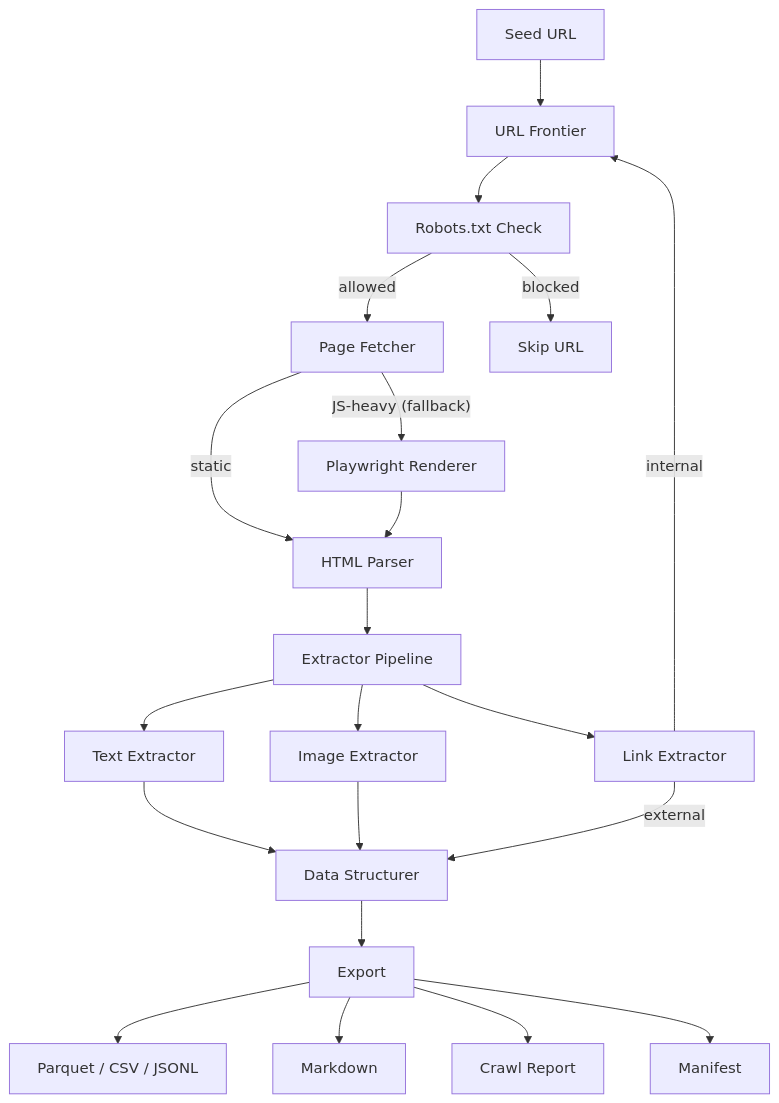
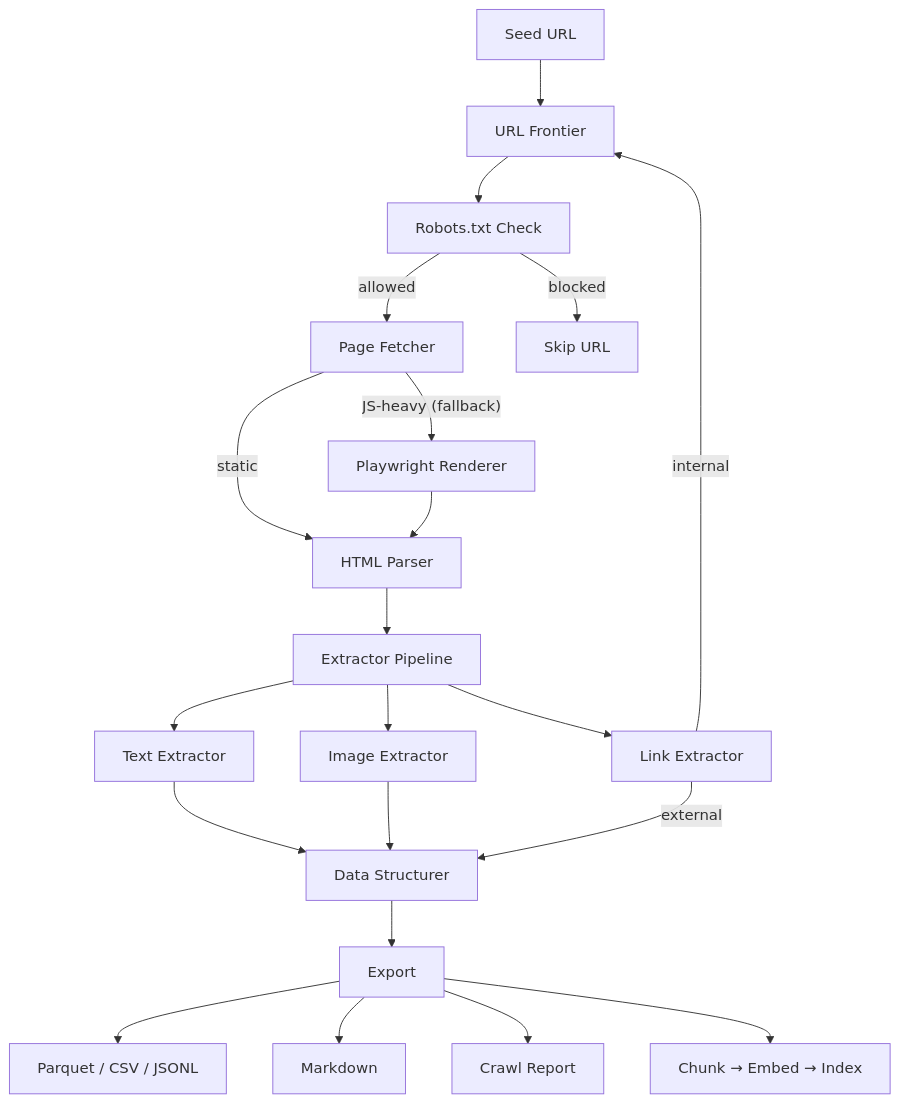
Before and after one commit to PURVIK-31/website-crawler: the second of 5 diagrams in docs/architecture.md, drawn with Mermaid. The commit also changed other lines of this file and 38 other files, not shown here.

First line of the commit message:
Freeze v2 architecture and implementation roadmap

````diff
--- a/docs/architecture.md
+++ b/docs/architecture.md
@@ -11,23 +53,23 @@
 ```mermaid
 flowchart TD
     Seed["Seed URL"] --> Frontier["URL Frontier"]
     Frontier --> RobotsCheck["Robots.txt Check"]
     RobotsCheck -->|allowed| Fetcher["Page Fetcher"]
     RobotsCheck -->|blocked| Skip["Skip URL"]
     Fetcher -->|static| Parser["HTML Parser"]
     Fetcher -->|"JS-heavy (fallback)"| Playwright["Playwright Renderer"]
     Playwright --> Parser
     Parser --> Extractors["Extractor Pipeline"]
     Extractors --> TextExtractor["Text Extractor"]
     Extractors --> ImageExtractor["Image Extractor"]
     Extractors --> LinkExtractor["Link Extractor"]
     TextExtractor --> Structurer["Data Structurer"]
     ImageExtractor --> Structurer
     LinkExtractor -->|internal| Frontier
     LinkExtractor -->|external| Structurer
     Structurer --> Export["Export"]
     Export --> Parquet["Parquet / CSV / JSONL"]
     Export --> Readable["Markdown"]
     Export --> Report["Crawl Report"]
-    Export --> Manifest["Manifest"]
+    Export --> ChunkStage["Chunk → Embed → Index"]
 ```
````
